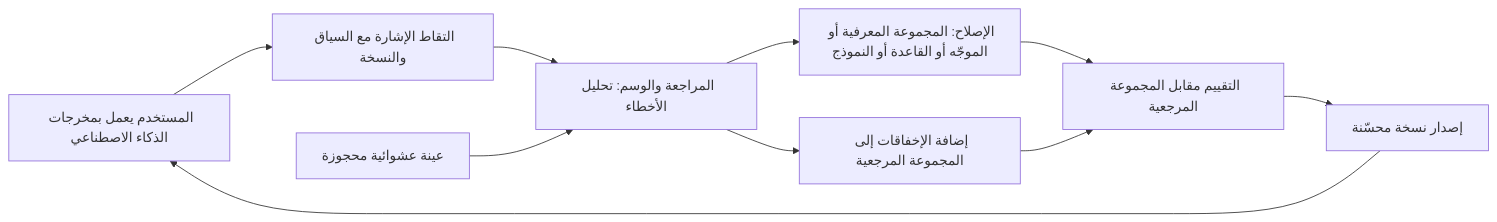
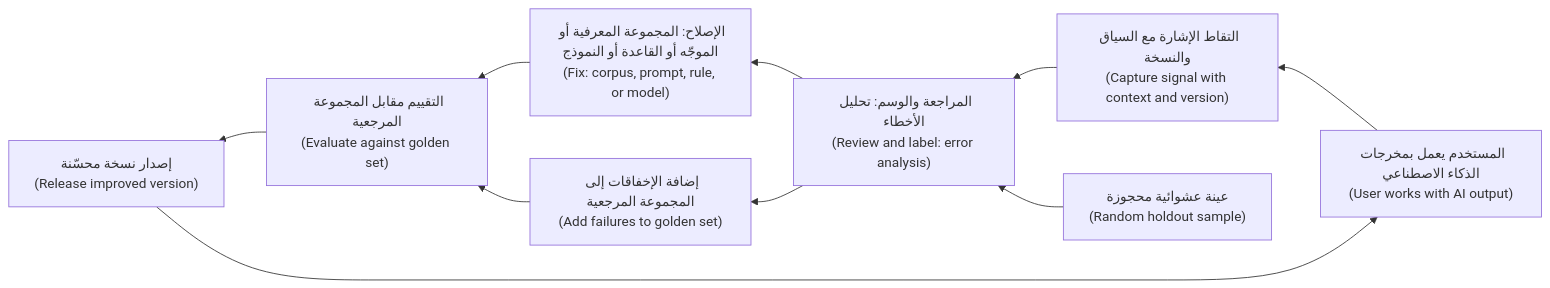
One commit to Tamoura/system-design-for-vibe-coders changed the second of 3 diagrams in aipm/modules/03-data.ar.md. Above: the diagram before and after it, drawn with Mermaid. The commit also changed other lines of this file and 9 other files, not shown here.

First line of the commit message:
AI PM course (AR): right-to-left diagrams with English labels

````diff
--- a/aipm/modules/03-data.ar.md
+++ b/aipm/modules/03-data.ar.md
@@ -298,12 +298,12 @@
 ```mermaid
-flowchart LR
-    A["المستخدم يعمل بمخرجات الذكاء الاصطناعي"] --> B["التقاط الإشارة مع السياق والنسخة"]
-    B --> C["المراجعة والوسم: تحليل الأخطاء"]
-    C --> D["الإصلاح: المجموعة المعرفية أو الموجّه أو القاعدة أو النموذج"]
-    C --> E["إضافة الإخفاقات إلى المجموعة المرجعية"]
-    D --> F["التقييم مقابل المجموعة المرجعية"]
+flowchart RL
+    A["المستخدم يعمل بمخرجات الذكاء الاصطناعي<br/>(User works with AI output)"] --> B["التقاط الإشارة مع السياق والنسخة<br/>(Capture signal with context and version)"]
+    B --> C["المراجعة والوسم: تحليل الأخطاء<br/>(Review and label: error analysis)"]
+    C --> D["الإصلاح: المجموعة المعرفية أو الموجّه أو القاعدة أو النموذج<br/>(Fix: corpus, prompt, rule, or model)"]
+    C --> E["إضافة الإخفاقات إلى المجموعة المرجعية<br/>(Add failures to golden set)"]
+    D --> F["التقييم مقابل المجموعة المرجعية<br/>(Evaluate against golden set)"]
     E --> F
-    F --> G["إصدار نسخة محسّنة"]
+    F --> G["إصدار نسخة محسّنة<br/>(Release improved version)"]
     G --> A
-    H["عينة عشوائية محجوزة"] --> C
+    H["عينة عشوائية محجوزة<br/>(Random holdout sample)"] --> C
 ```
````
